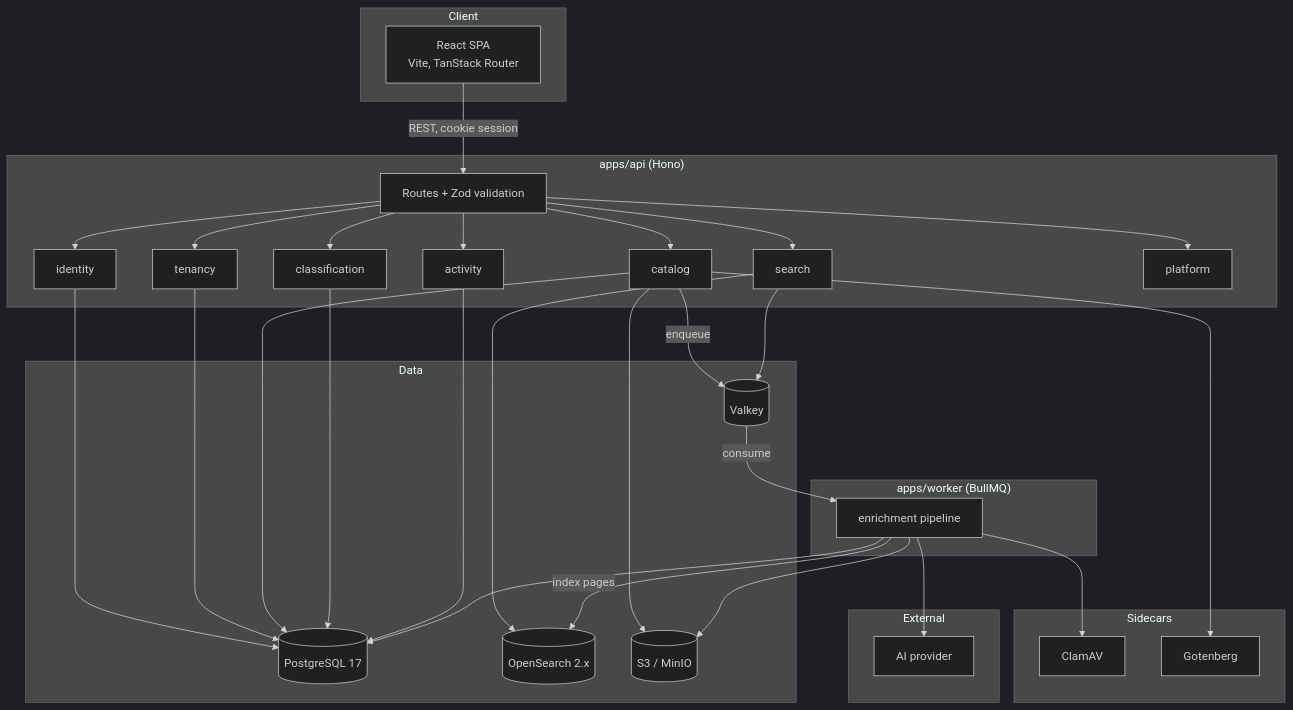
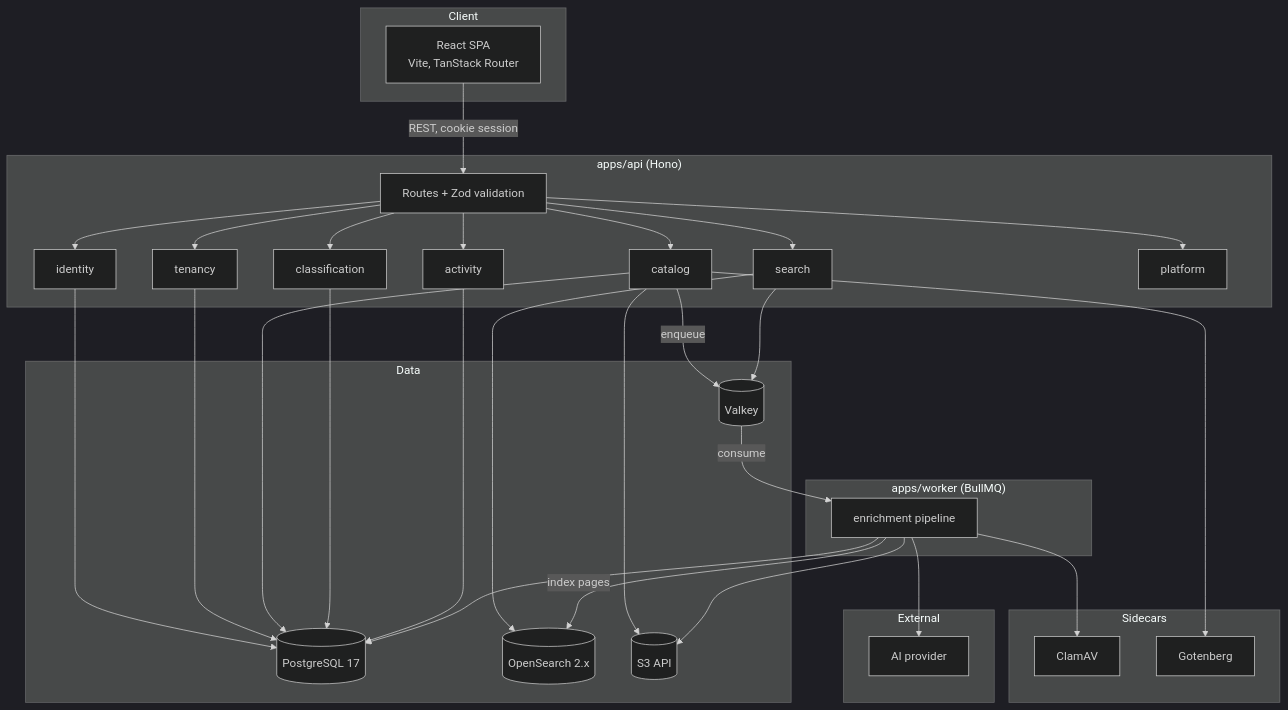
Before and after one commit to PT-Perkasa-Pilar-Utama/fileplume: the first of 3 diagrams in docs/technical-specs/02-system-architecture.md, drawn with Mermaid (dark theme). The commit also changed other lines of this file and 28 other files, not shown here.

````diff
--- a/docs/technical-specs/02-system-architecture.md
+++ b/docs/technical-specs/02-system-architecture.md
@@ -29,52 +29,52 @@
 ```mermaid
 graph TB
   subgraph Client
     WEB[React SPA<br/>Vite, TanStack Router]
   end
 
   subgraph API["apps/api (Hono)"]
     RT[Routes + Zod validation]
     ID[identity]
     TN[tenancy]
     CAT[catalog]
     CLS[classification]
     SR[search]
     ACT[activity]
     PLT[platform]
   end
 
   subgraph WORKER["apps/worker (BullMQ)"]
     ENR[enrichment pipeline]
   end
 
   subgraph Data
     PG[(PostgreSQL 17)]
     OS[(OpenSearch 2.x)]
     VK[(Valkey)]
-    S3[(S3 / MinIO)]
+    S3[(S3 API)]
   end
 
   subgraph Sidecars
     CLAM[ClamAV]
     GOT[Gotenberg]
   end
 
   subgraph External
     AI[AI provider]
   end
 
   WEB -->|REST, cookie session| RT
   RT --> ID & TN & CAT & CLS & SR & ACT & PLT
   CAT -->|enqueue| VK
   VK -->|consume| ENR
   ID & TN & CAT & CLS & ACT --> PG
   ENR --> PG
   SR --> OS
   ENR -->|index pages| OS
   CAT --> S3
   ENR --> S3
   ENR --> CLAM
   CAT --> GOT
   ENR --> AI
   SR --> VK
 ```
````
